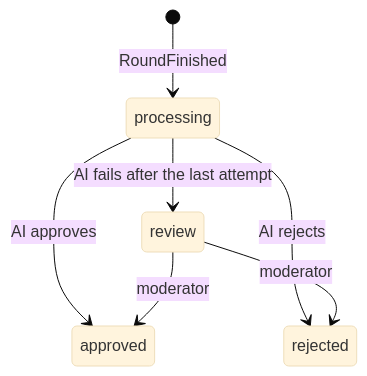
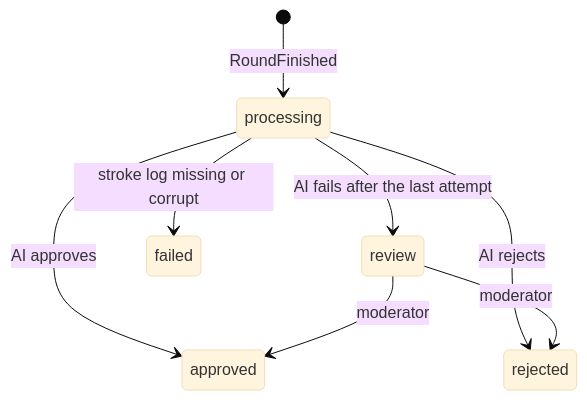
The second of 3 diagrams in docs/design-doc.md (Bowenn/doodle-arena), drawn with Mermaid (base theme) before and after one commit. The commit also changed other lines of this file and 5 other files, not shown here.

````diff
--- a/docs/design-doc.md
+++ b/docs/design-doc.md
@@ -153,9 +153,10 @@
 ```mermaid
 stateDiagram-v2
   [*] --> processing: RoundFinished
   processing --> approved: AI approves
   processing --> rejected: AI rejects
   processing --> review: AI fails after the last attempt
   review --> approved: moderator
   review --> rejected: moderator
+  processing --> failed: stroke log missing or corrupt
 ```
````
